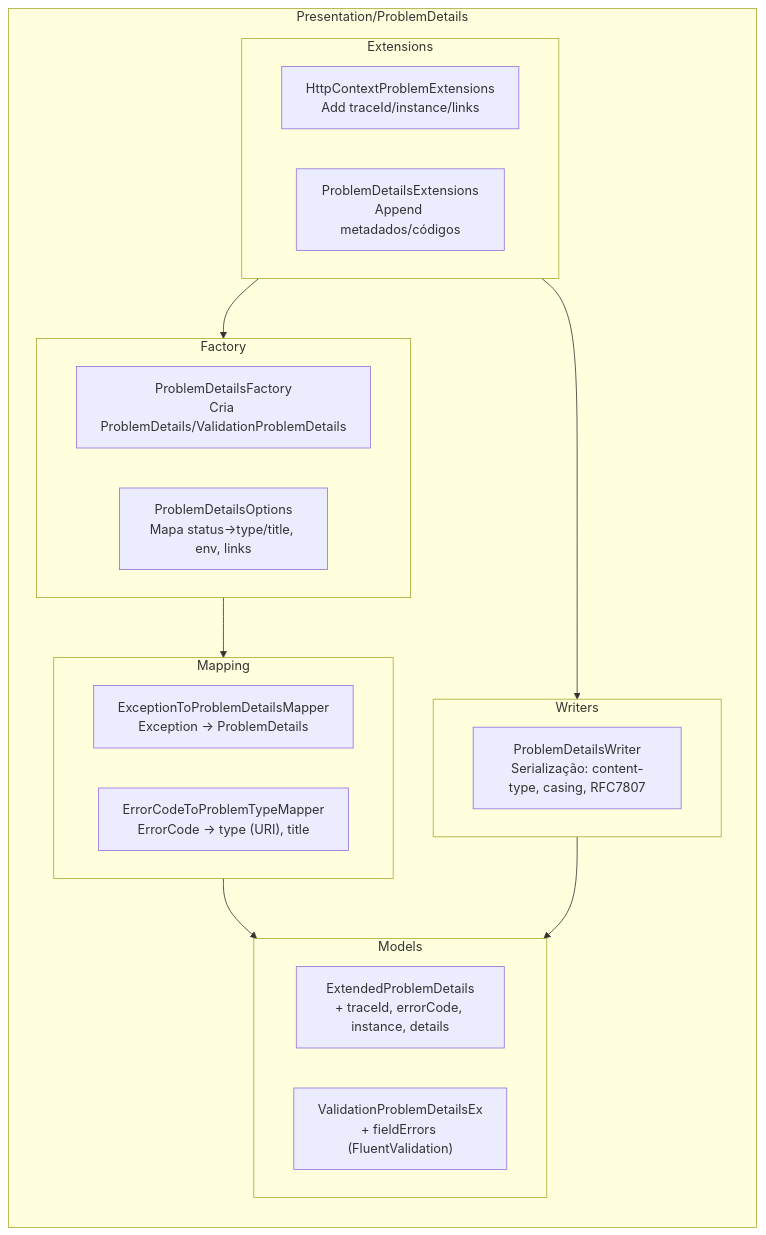
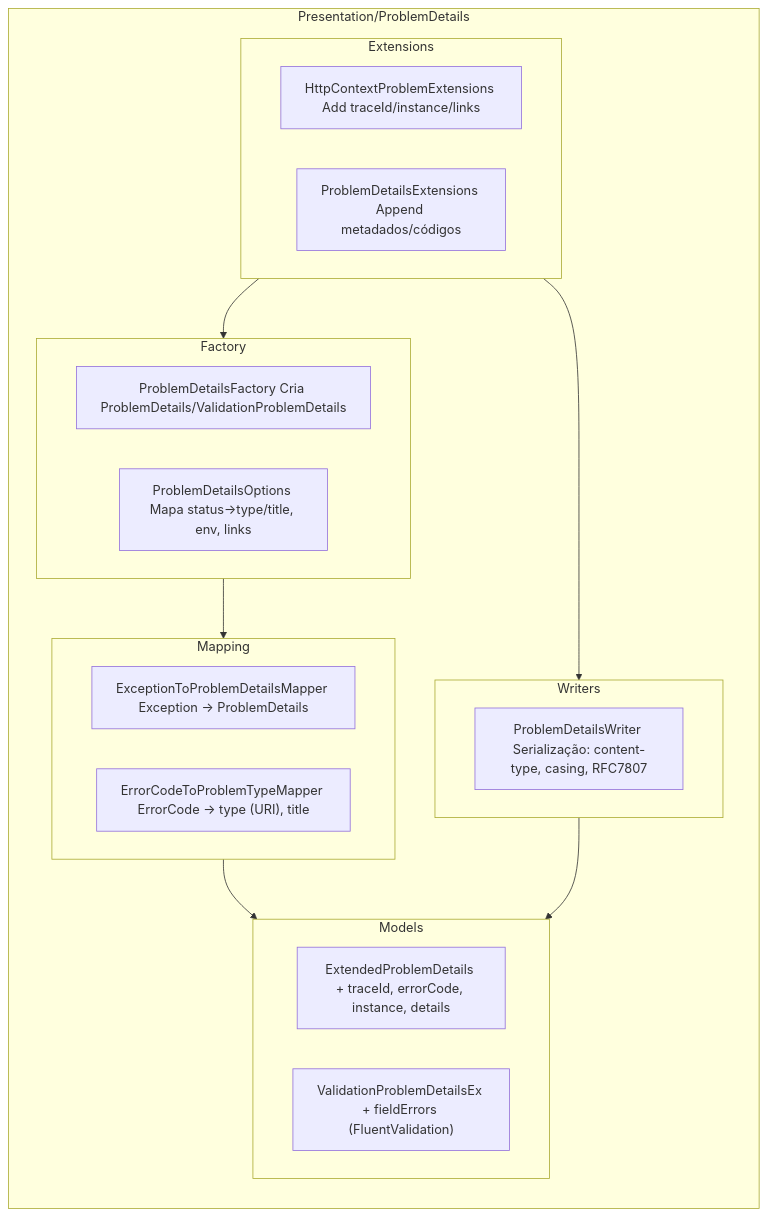
Diagram 17 of 18 in README.md (rodrigofurlaneti/FSI.Authentication.Api.BackEnd), drawn with Mermaid before and after one commit. The commit also changed other lines of this file, not shown here.

````diff
--- a/README.md
+++ b/README.md
@@ -633,40 +633,40 @@
   ```mermaid
   %%{init: {"flowchart": {"htmlLabels": false}} }%%
 flowchart TB
 
   subgraph ProblemDetails["Presentation/ProblemDetails"]
     direction TB
 
     subgraph Factory["Factory"]
-      F1["ProblemDetailsFactory\nCria ProblemDetails/ValidationProblemDetails"]
-      F2["ProblemDetailsOptions\nMapa status→type/title, env, links"]
+      F1["ProblemDetailsFactory Cria ProblemDetails/ValidationProblemDetails"]
+      F2["ProblemDetailsOptions Mapa status→type/title, env, links"]
     end
 
     subgraph Mapping["Mapping"]
-      M1["ExceptionToProblemDetailsMapper\nException → ProblemDetails"]
-      M2["ErrorCodeToProblemTypeMapper\nErrorCode → type (URI), title"]
+      M1["ExceptionToProblemDetailsMapper Exception → ProblemDetails"]
+      M2["ErrorCodeToProblemTypeMapper ErrorCode → type (URI), title"]
     end
 
     subgraph Models["Models"]
-      Md1["ExtendedProblemDetails\n+ traceId, errorCode, instance, details"]
-      Md2["ValidationProblemDetailsEx\n+ fieldErrors (FluentValidation)"]
+      Md1["ExtendedProblemDetails + traceId, errorCode, instance, details"]
+      Md2["ValidationProblemDetailsEx + fieldErrors (FluentValidation)"]
     end
 
     subgraph Writers["Writers"]
-      W1["ProblemDetailsWriter\nSerialização: content-type, casing, RFC7807"]
+      W1["ProblemDetailsWriter Serialização: content-type, casing, RFC7807"]
     end
 
     subgraph Extensions["Extensions"]
-      E1["HttpContextProblemExtensions\nAdd traceId/instance/links"]
-      E2["ProblemDetailsExtensions\nAppend metadados/códigos"]
+      E1["HttpContextProblemExtensions Add traceId/instance/links"]
+      E2["ProblemDetailsExtensions Append metadados/códigos"]
     end
   end
 
   %% Relações
   Factory --> Mapping
   Mapping --> Models
   Writers --> Models
   Extensions --> Factory
   Extensions --> Writers
 
   ```
````
